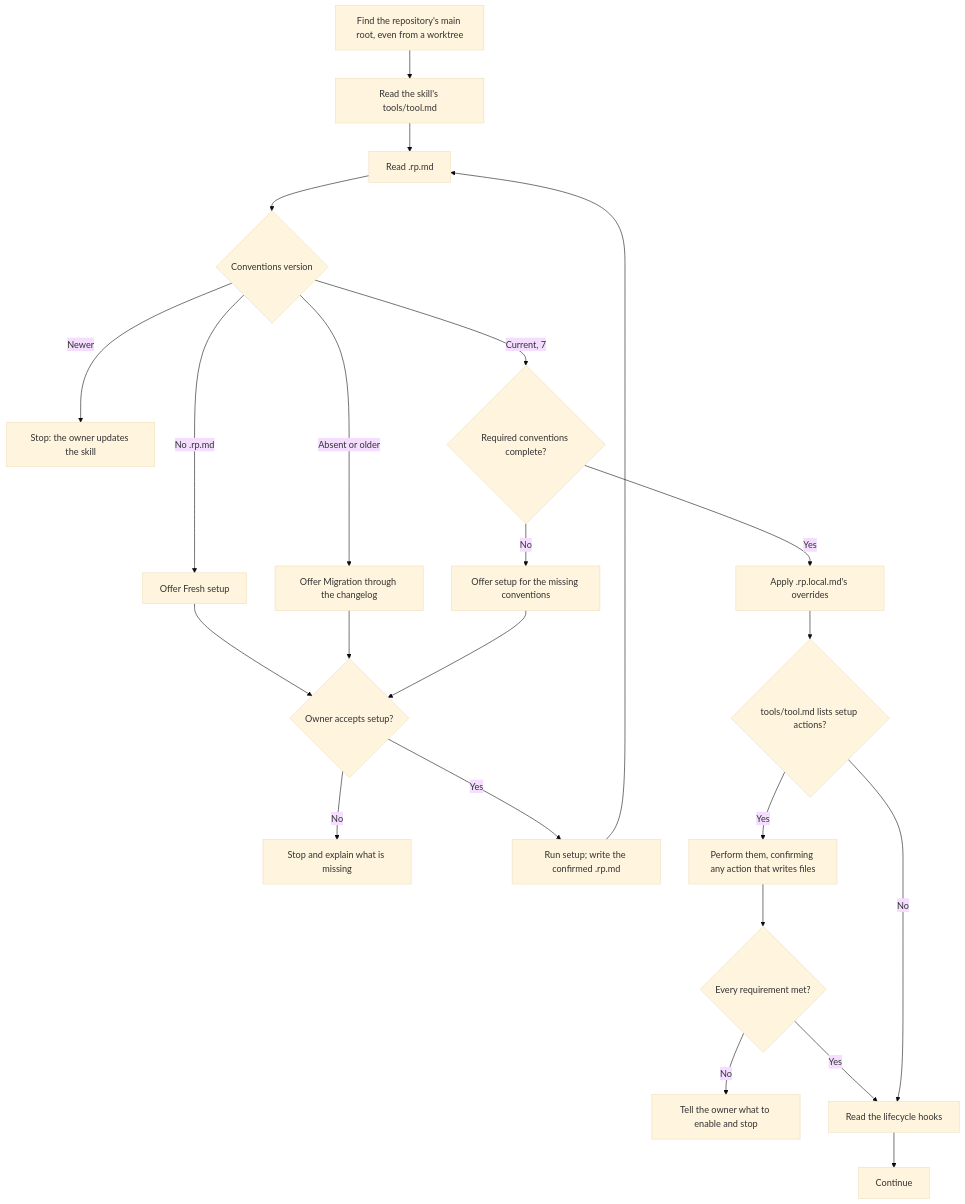
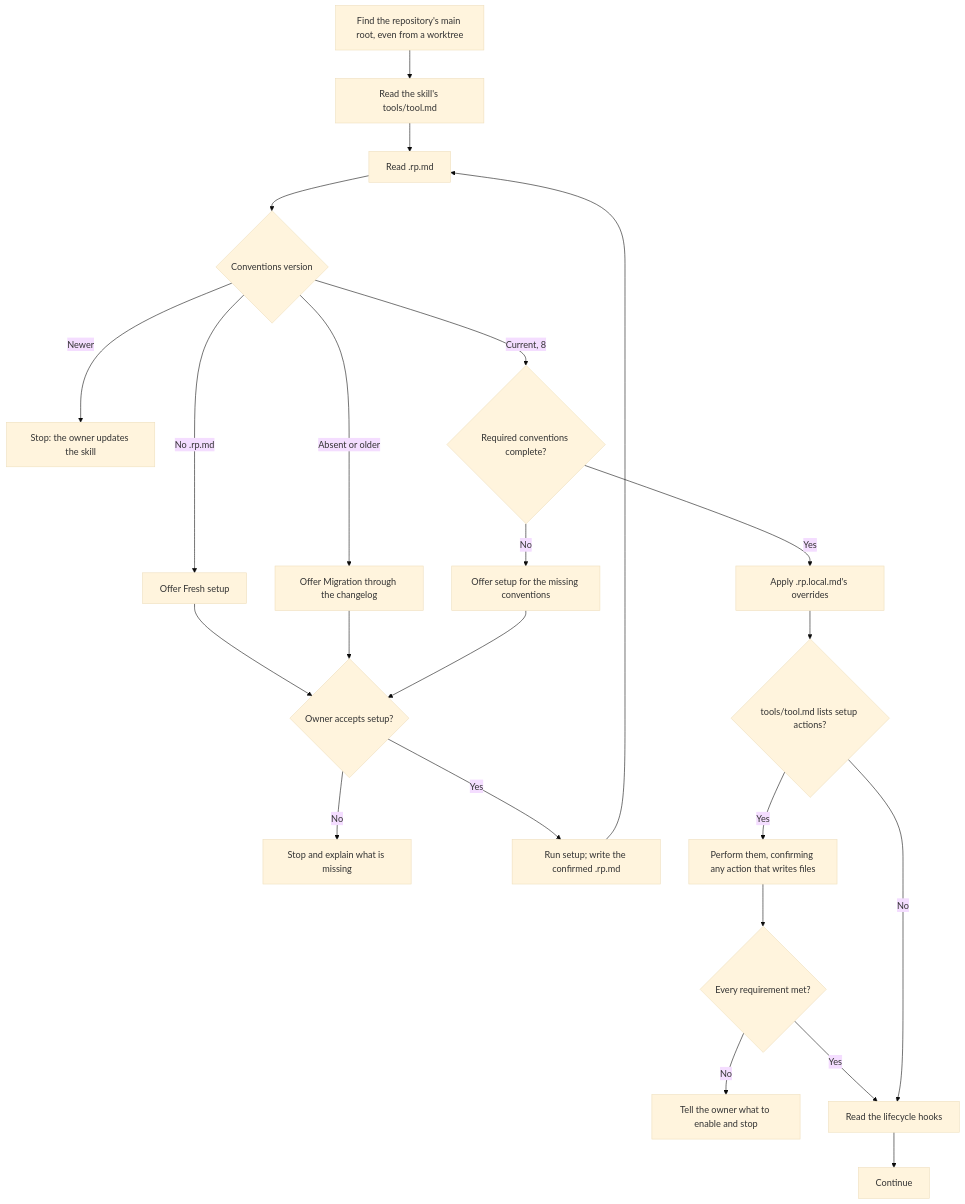
The diagram in docs/flowcharts/load-conventions.md (Automattic/radical-pipelines), drawn with Mermaid (base theme) before and after one commit.

Commit message:
Show conventions version 8 in the loading flowchart (assisted)

````diff
--- a/docs/flowcharts/load-conventions.md
+++ b/docs/flowcharts/load-conventions.md
@@ -5,25 +5,25 @@
 ```mermaid
 flowchart TD
     A["Find the repository's main root, even from a worktree"] --> B["Read the skill's tools/tool.md"]
     B --> C["Read .rp.md"]
     C --> H{"Conventions version"}
     H -->|No .rp.md| I["Offer Fresh setup"]
     H -->|Absent or older| J["Offer Migration through the changelog"]
     H -->|Newer| L["Stop: the owner updates the skill"]
-    H -->|Current, 7| K{"Required conventions complete?"}
+    H -->|Current, 8| K{"Required conventions complete?"}
     I --> M{"Owner accepts setup?"}
     J --> M
     K -->|No| N["Offer setup for the missing conventions"]
     N --> M
     M -->|No| STOP["Stop and explain what is missing"]
     M -->|Yes| SETUP["Run setup; write the confirmed .rp.md"]
     SETUP --> C
     K -->|Yes| G["Apply .rp.local.md's overrides"]
     G --> T{"tools/tool.md lists setup actions?"}
     T -->|Yes| TA["Perform them, confirming any action that writes files"]
     TA --> TR{"Every requirement met?"}
     TR -->|No| TSTOP["Tell the owner what to enable and stop"]
     TR -->|Yes| P
     T -->|No| P["Read the lifecycle hooks"]
     P --> Q["Continue"]
 ```
````
